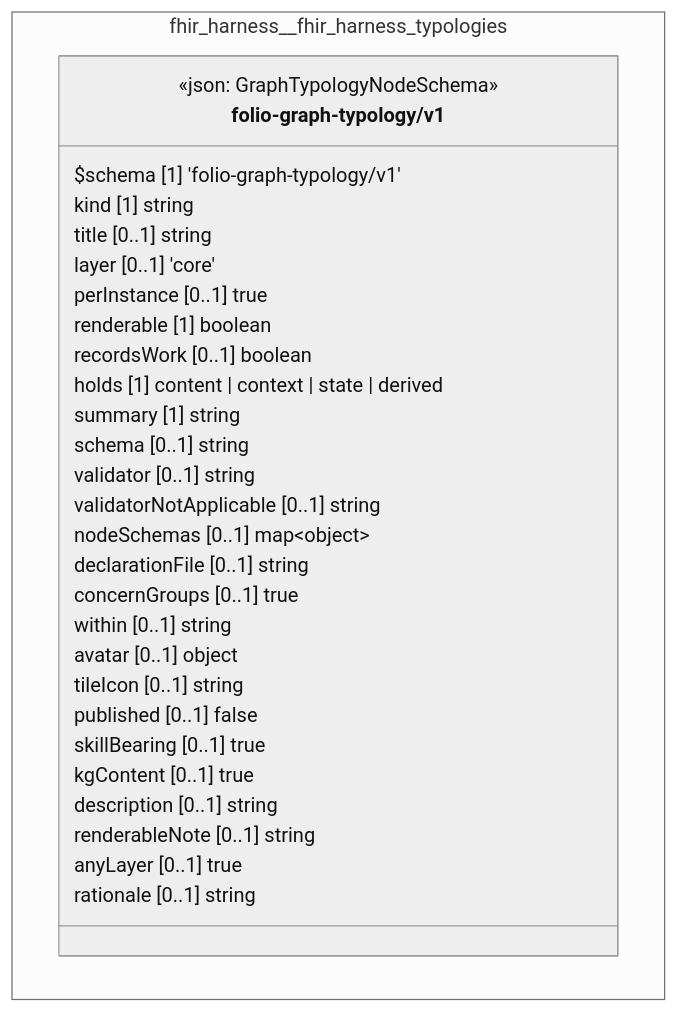
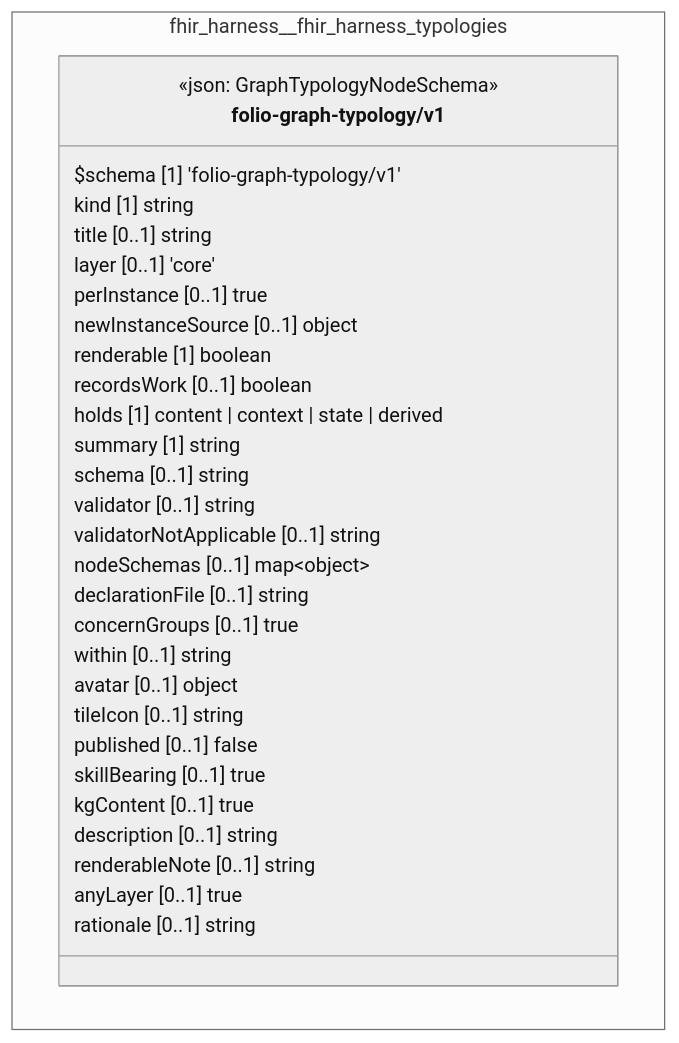
Before and after one commit to litlfred/folio-assistant: the diagram in cat-harness/docs/uml/overview/fhir-harness/fhir-harness-typologies.md, drawn with Mermaid (neutral theme). The commit also changed 86 other files, not shown here.

````diff
--- a/cat-harness/docs/uml/overview/fhir-harness/fhir-harness-typologies.md
+++ b/cat-harness/docs/uml/overview/fhir-harness/fhir-harness-typologies.md
@@ -42,35 +42,36 @@
 ```mermaid
 classDiagram
   direction TB
   namespace fhir_harness__fhir_harness_typologies {
     class fhir_harness_fhir_harness_typologies_folio_graph_typology_v1_folio_graph_typology_v1["folio-graph-typology/v1"] {
       <<json: GraphTypologyNodeSchema>>
       $schema [1] 'folio-graph-typology/v1'
       kind [1] string
       title [0..1] string
       layer [0..1] 'core'
       perInstance [0..1] true
+      newInstanceSource [0..1] object
       renderable [1] boolean
       recordsWork [0..1] boolean
       holds [1] content | context | state | derived
       summary [1] string
       schema [0..1] string
       validator [0..1] string
       validatorNotApplicable [0..1] string
       nodeSchemas [0..1] map~object~
       declarationFile [0..1] string
       concernGroups [0..1] true
       within [0..1] string
       avatar [0..1] object
       tileIcon [0..1] string
       published [0..1] false
       skillBearing [0..1] true
       kgContent [0..1] true
       description [0..1] string
       renderableNote [0..1] string
       anyLayer [0..1] true
       rationale [0..1] string
     }
   }
   cssClass "fhir_harness_fhir_harness_typologies_folio_graph_typology_v1_folio_graph_typology_v1" fa_uml_kind_typologies
 ```
````
